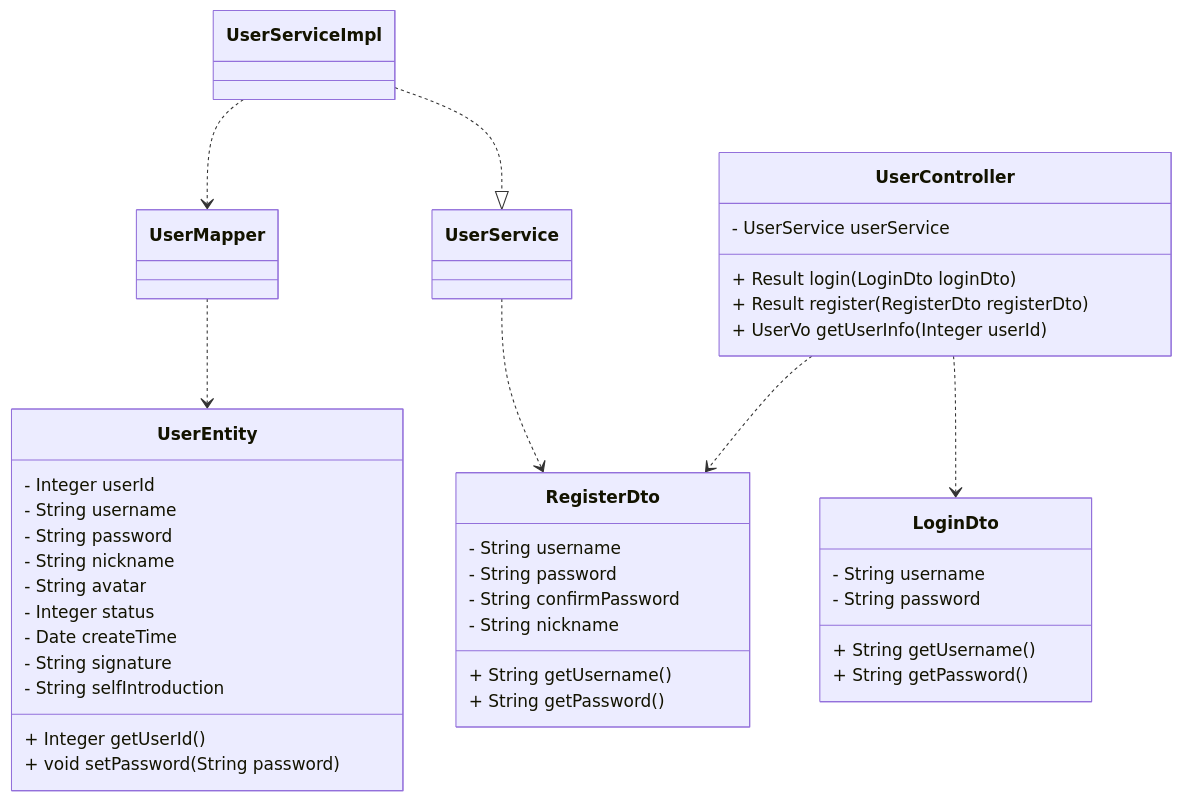
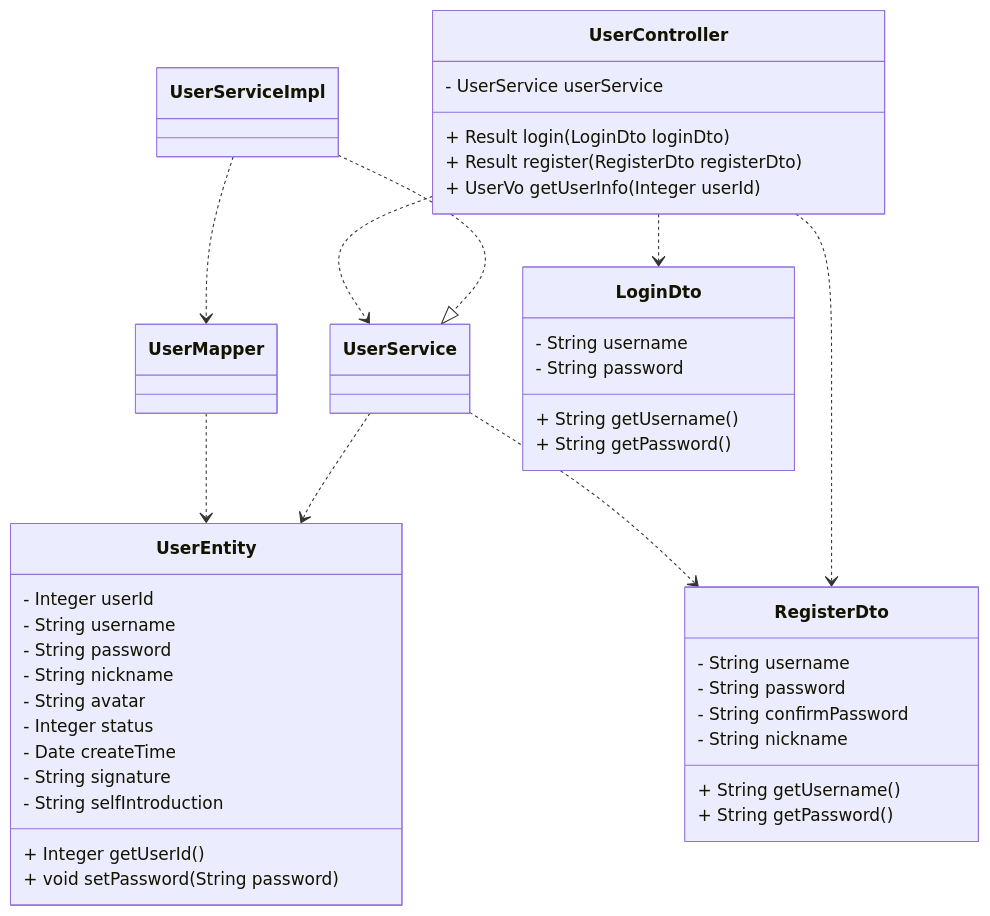
Before and after one commit to DEbalanceUX/iodraw-files: the diagram in all/未命名-1.md, drawn with Mermaid.

Commit message:
2025-12-10 22:54:53 update

````diff
--- a/all/未命名-1.md
+++ b/all/未命名-1.md
@@ -1,52 +1,54 @@
 ```mermaid
 classDiagram
     %% 实现关系：ServiceImpl 实现 Service 接口
     UserServiceImpl ..|> UserService
     %% 依赖关系：Controller 依赖 Service / ServiceImpl 依赖 Mapper
+    UserController ..> UserService
     UserServiceImpl ..> UserMapper
     %% 关联关系：核心数据载体关联
+    UserService ..> UserEntity
     UserMapper ..> UserEntity
     UserController ..> LoginDto
     UserController ..> RegisterDto
     UserService ..> RegisterDto
 
     %% 用户实体类（存储用户核心数据）
     class UserEntity {
         - Integer userId       
         - String username   
         - String password       
         - String nickname
         - String avatar
         - Integer status
         - Date createTime
         - String signature
         - String selfIntroduction 
         + Integer getUserId()
         + void setPassword(String password)
     }
     %% 登录请求数据传输类（接收前端参数）
     class LoginDto {
         - String username
         - String password
         + String getUsername()
         + String getPassword()
     }
      %% 注册请求数据传输类（接收前端参数）
     class RegisterDto {
         - String username      
         - String password      
         - String confirmPassword 
         - String nickname     
         + String getUsername()
         + String getPassword()
     }
 %% 控制器类（接收请求，返回响应）
     class UserController {
         - UserService userService
         + Result login(LoginDto loginDto)
         + Result register(RegisterDto registerDto)
         + UserVo getUserInfo(Integer userId)
     }
-    
+
     
 ```
````
